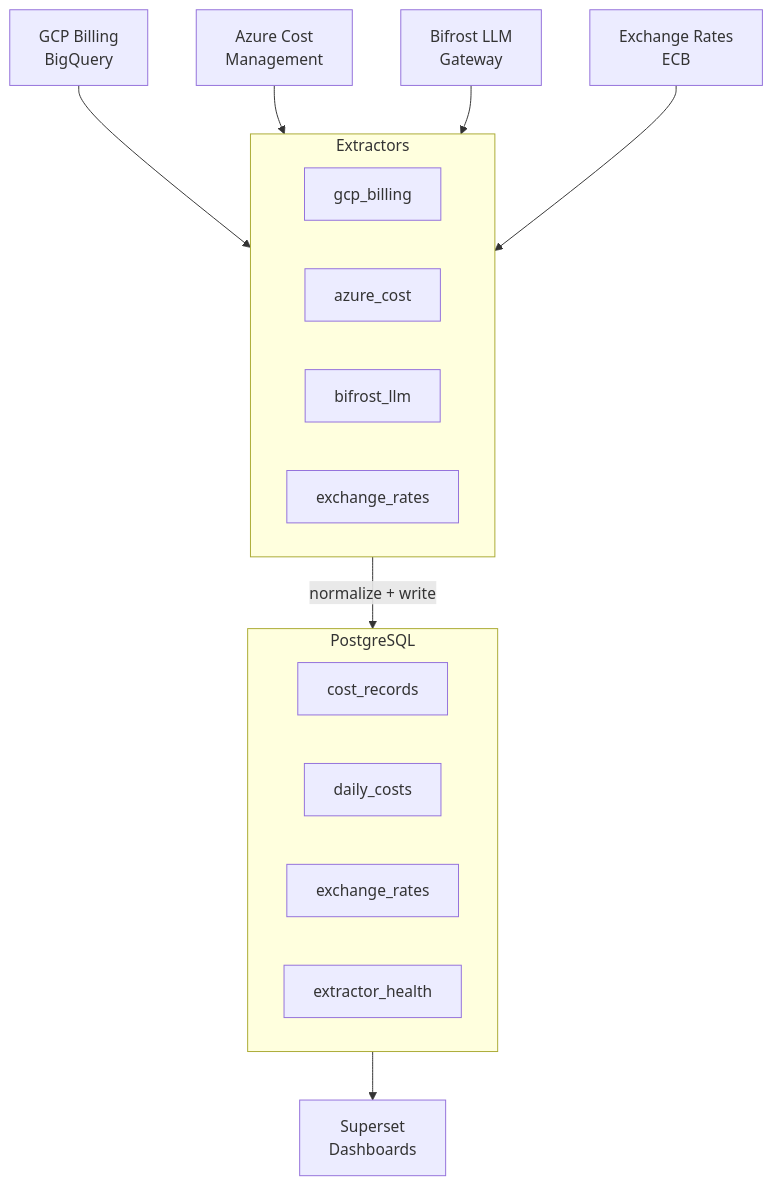
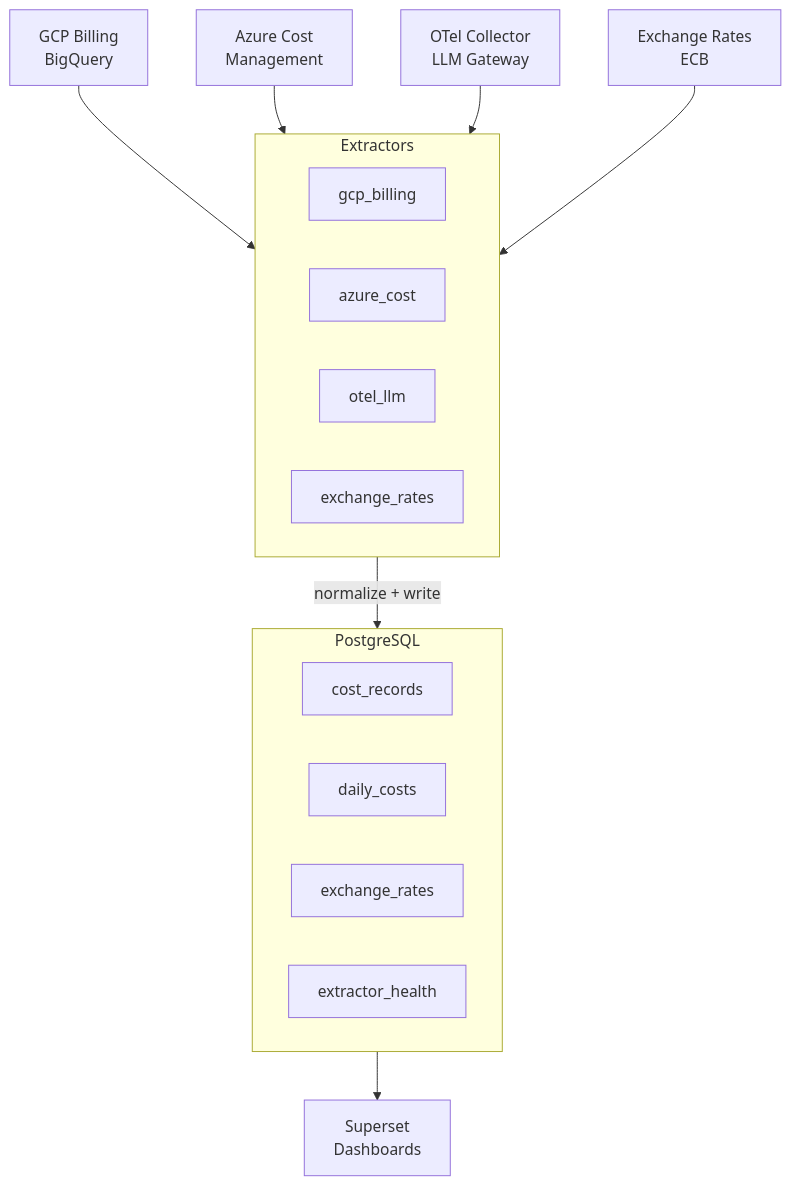
The diagram in README.md (acarmisc/finna-app), drawn with Mermaid before and after one commit. The commit also changed other lines of this file and 23 other files, not shown here.

````diff
--- a/README.md
+++ b/README.md
@@ -7,32 +7,32 @@
 ```mermaid
 graph TD
     GCP["GCP Billing<br/>BigQuery"]
     AZURE["Azure Cost<br/>Management"]
-    BIFROST["Bifrost LLM<br/>Gateway"]
+    OTEL["OTel Collector<br/>LLM Gateway"]
     ECB["Exchange Rates<br/>ECB"]
 
     GCP --> E
     AZURE --> E
-    BIFROST --> E
+    OTEL --> E
     ECB --> E
 
     subgraph E ["Extractors"]
         E1[gcp_billing]
         E2[azure_cost]
-        E3[bifrost_llm]
+        E3[otel_llm]
         E4[exchange_rates]
     end
 
     E -->|"normalize + write"| PG
 
     subgraph PG ["PostgreSQL"]
         T1[cost_records]
         T2[daily_costs]
         T3[exchange_rates]
         T4[extractor_health]
     end
 
     PG --> SUP
 
     SUP["Superset<br/>Dashboards"]
 ```
````
